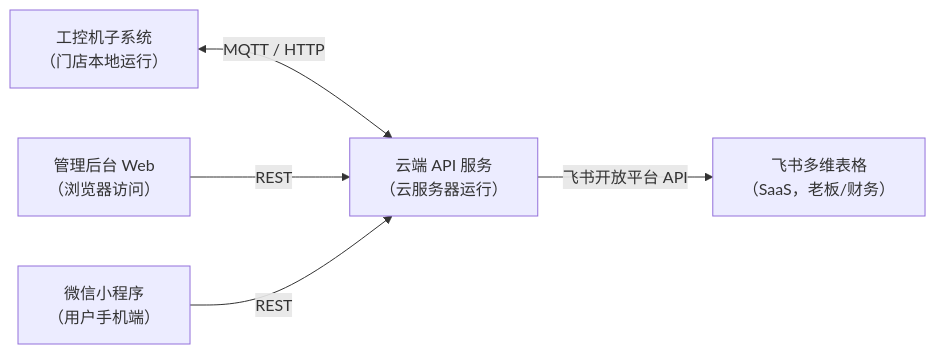
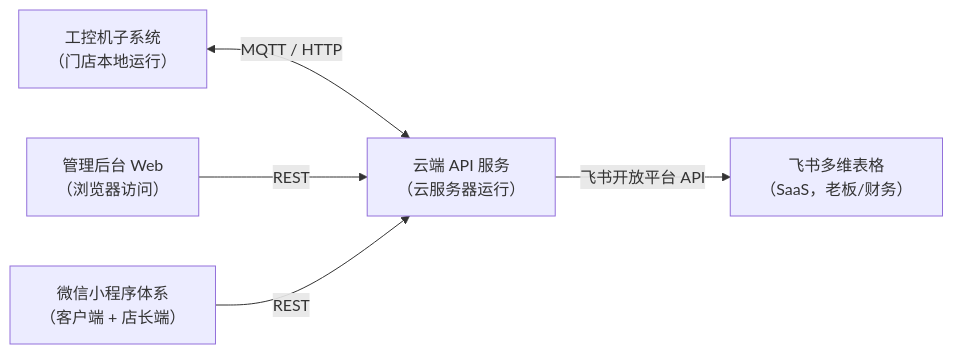
Before and after one commit to fitron-app/docs: the diagram in docs/subsystems/index.md, drawn with Mermaid. The commit also changed other lines of this file and 15 other files, not shown here.

Commit message:
docs: 小程序区分 客户端/店长端

````diff
--- a/docs/subsystems/index.md
+++ b/docs/subsystems/index.md
@@ -7,13 +7,13 @@
 ```mermaid
 graph LR
     IPC["工控机子系统\n（门店本地运行）"]
     Cloud["云端 API 服务\n（云服务器运行）"]
     AdminWeb["管理后台 Web\n（浏览器访问）"]
-    MiniProgram["微信小程序\n（用户手机端）"]
+    MiniProgram["微信小程序体系\n（客户端 + 店长端）"]
     Feishu["飞书多维表格\n（SaaS，老板/财务）"]
 
     IPC <-->|"MQTT / HTTP"| Cloud
     AdminWeb -->|"REST"| Cloud
     MiniProgram -->|"REST"| Cloud
     Cloud -->|"飞书开放平台 API"| Feishu
 ```
````
